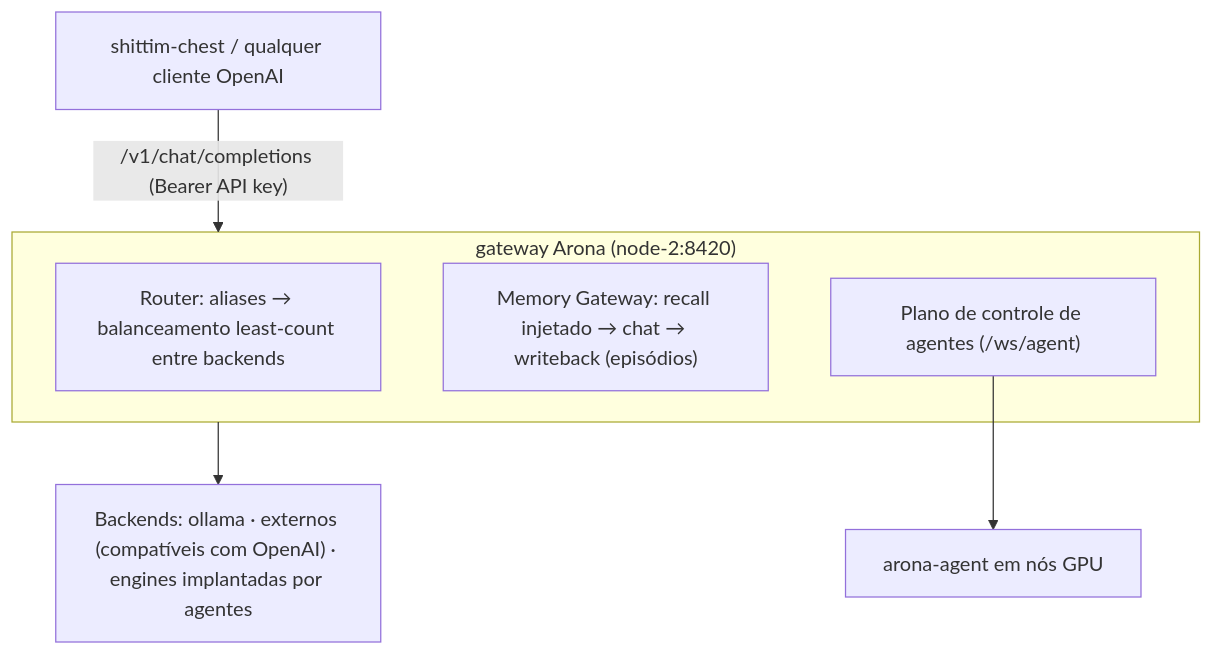
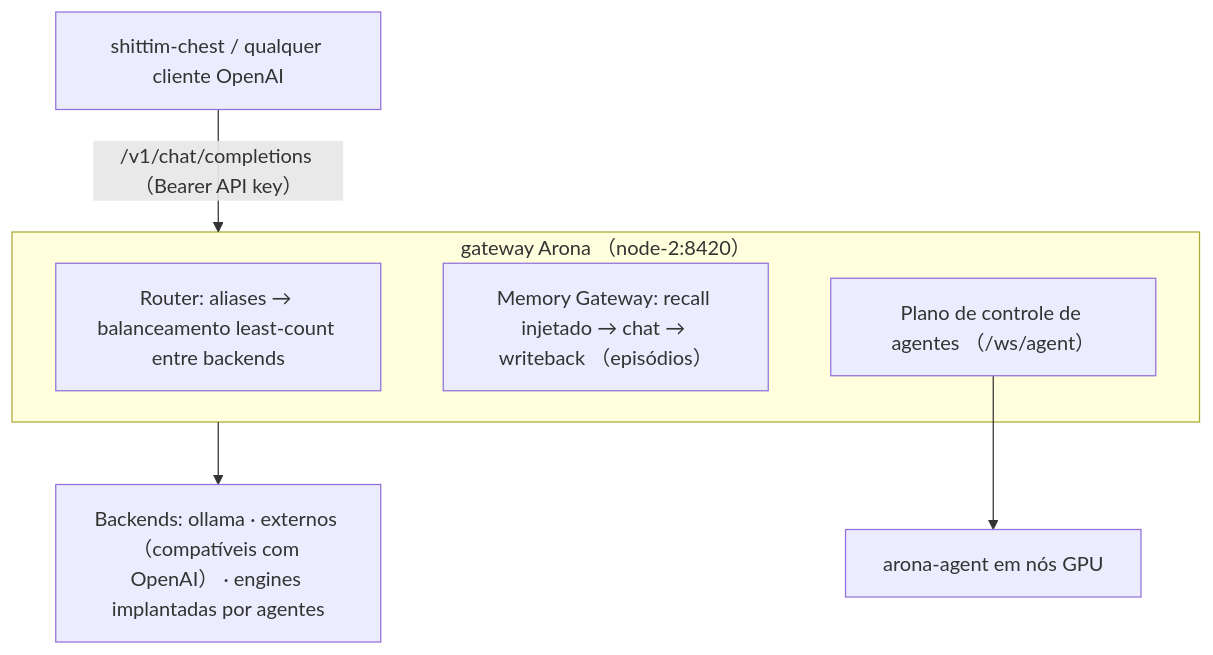
Before and after one commit to celestia-island/docs.celestia.world: the diagram in docs/pt/platforms/arona.md, drawn with Mermaid. The commit also changed 35 other files, not shown here.

First line of the commit message:
📝 Convert ASCII parentheses in mermaid fences to fullwidth across languages. (#96)

````diff
--- a/docs/pt/platforms/arona.md
+++ b/docs/pt/platforms/arona.md
@@ -12,12 +12,12 @@
 ```mermaid
 flowchart TD
     C["shittim-chest / qualquer cliente OpenAI"]
-    subgraph G["gateway Arona (node-2:8420)"]
+    subgraph G["gateway Arona （node-2:8420）"]
         N0["Router: aliases → balanceamento least-count entre backends"]
-        N1["Memory Gateway: recall injetado → chat → writeback (episódios)"]
-        N2["Plano de controle de agentes (/ws/agent)"]
+        N1["Memory Gateway: recall injetado → chat → writeback （episódios）"]
+        N2["Plano de controle de agentes （/ws/agent）"]
     end
-    C -->|"/v1/chat/completions (Bearer API key)"| G
+    C -->|"/v1/chat/completions （Bearer API key）"| G
     N2 --> T["arona-agent em nós GPU"]
-    G --> B["Backends: ollama · externos (compatíveis com OpenAI) · engines implantadas por agentes"]
+    G --> B["Backends: ollama · externos （compatíveis com OpenAI） · engines implantadas por agentes"]
 ```
````
